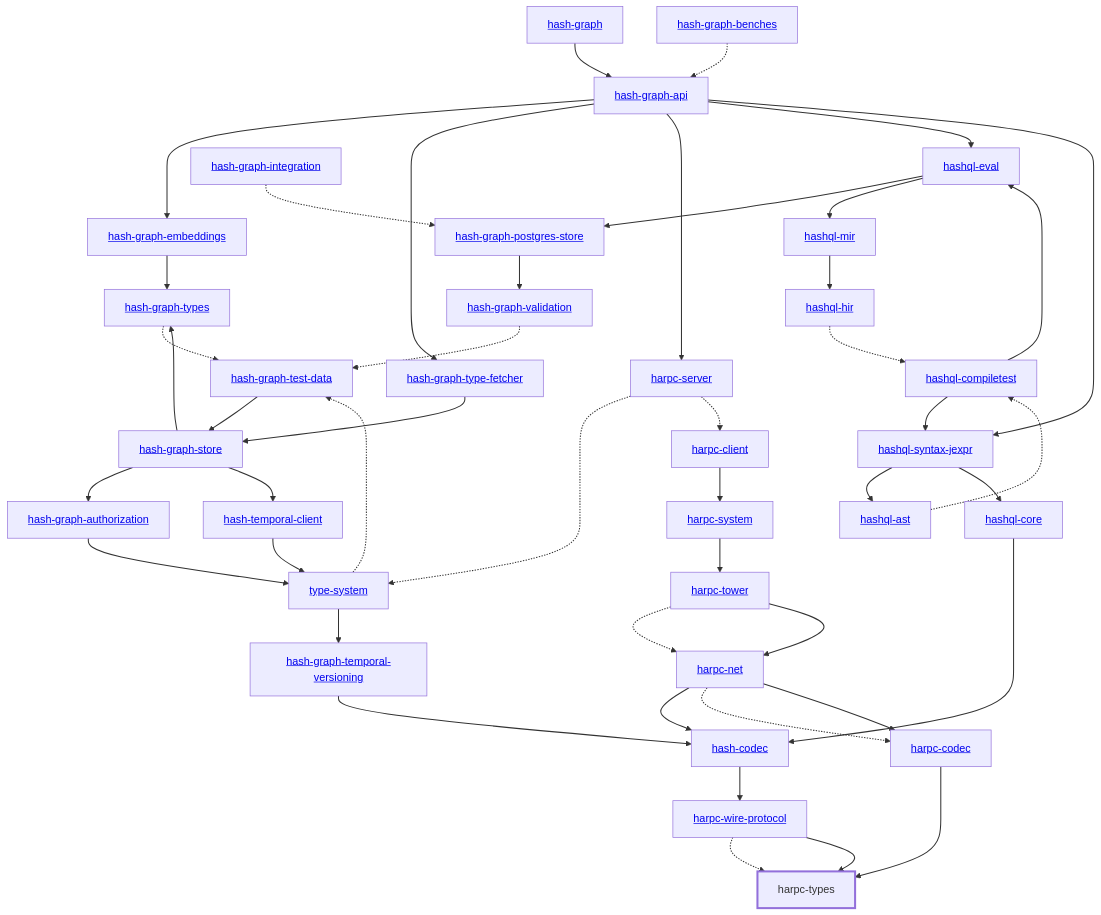
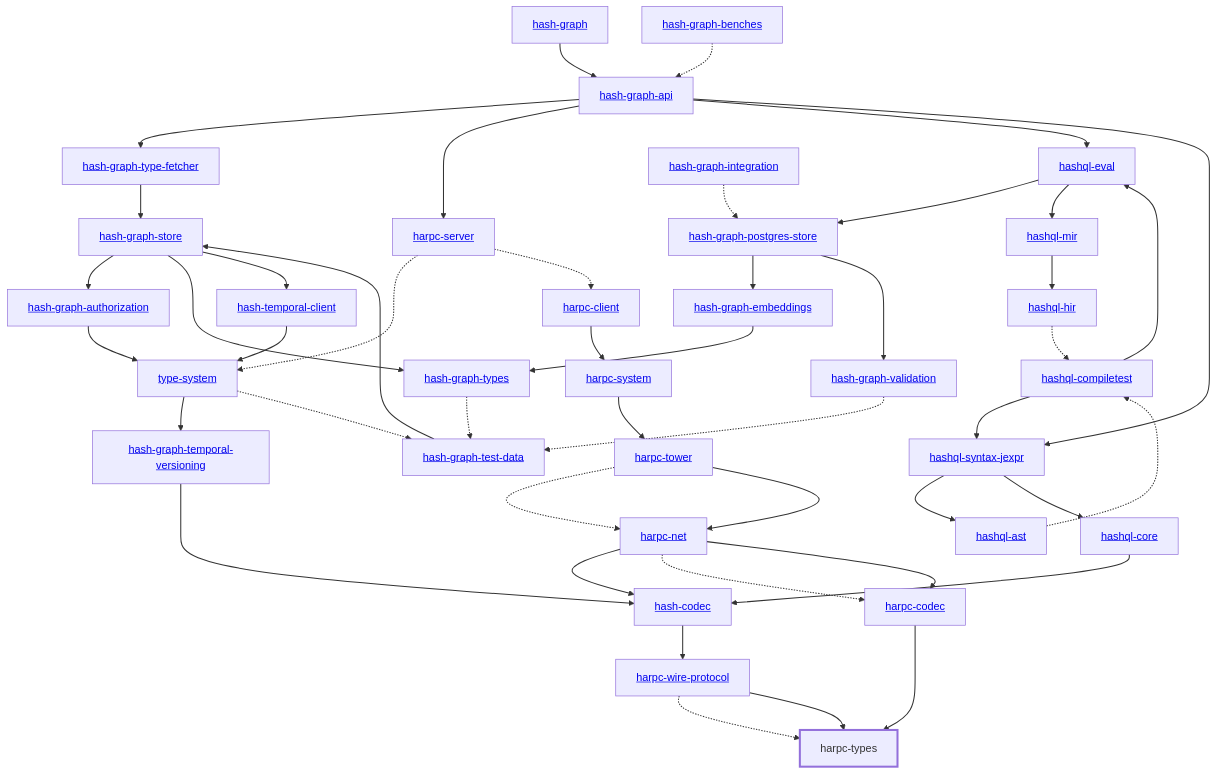
The diagram in libs/@local/harpc/types/docs/dependency-diagram.mmd (AKJUS/akin-hash), drawn with Mermaid before and after one commit. The commit also changed 52 other files, not shown here.

```diff
--- a/libs/@local/harpc/types/docs/dependency-diagram.mmd
+++ b/libs/@local/harpc/types/docs/dependency-diagram.mmd
@@ -1,87 +1,87 @@
 graph TD
     linkStyle default stroke-width:1.5px
     classDef default stroke-width:1px
     classDef root stroke-width:3px
     classDef dev stroke-width:1px
     classDef build stroke-width:1px
     %% Legend
     %% --> : Normal dependency
     %% -.-> : Dev dependency
     %% ---> : Build dependency
     0[<a href="../hash_graph/index.html">hash-graph</a>]
     1[<a href="../type_system/index.html">type-system</a>]
     2[<a href="../hash_codec/index.html">hash-codec</a>]
     3[<a href="../hash_graph_api/index.html">hash-graph-api</a>]
     4[<a href="../hash_graph_authorization/index.html">hash-graph-authorization</a>]
     5[<a href="../hash_graph_embeddings/index.html">hash-graph-embeddings</a>]
     6[<a href="../hash_graph_postgres_store/index.html">hash-graph-postgres-store</a>]
     7[<a href="../hash_graph_store/index.html">hash-graph-store</a>]
     8[<a href="../hash_graph_temporal_versioning/index.html">hash-graph-temporal-versioning</a>]
     9[<a href="../hash_graph_type_fetcher/index.html">hash-graph-type-fetcher</a>]
     10[<a href="../hash_graph_types/index.html">hash-graph-types</a>]
     11[<a href="../hash_graph_validation/index.html">hash-graph-validation</a>]
     12[<a href="../harpc_client/index.html">harpc-client</a>]
     13[<a href="../harpc_codec/index.html">harpc-codec</a>]
     14[<a href="../harpc_net/index.html">harpc-net</a>]
     15[<a href="../harpc_server/index.html">harpc-server</a>]
     16[<a href="../harpc_system/index.html">harpc-system</a>]
     17[<a href="../harpc_tower/index.html">harpc-tower</a>]
     18[harpc-types]
     class 18 root
     19[<a href="../harpc_wire_protocol/index.html">harpc-wire-protocol</a>]
     20[<a href="../hashql_ast/index.html">hashql-ast</a>]
     21[<a href="../hashql_compiletest/index.html">hashql-compiletest</a>]
     22[<a href="../hashql_core/index.html">hashql-core</a>]
     23[<a href="../hashql_eval/index.html">hashql-eval</a>]
     24[<a href="../hashql_hir/index.html">hashql-hir</a>]
     25[<a href="../hashql_mir/index.html">hashql-mir</a>]
     26[<a href="../hashql_syntax_jexpr/index.html">hashql-syntax-jexpr</a>]
     27[<a href="../hash_temporal_client/index.html">hash-temporal-client</a>]
     28[<a href="../hash_graph_benches/index.html">hash-graph-benches</a>]
     29[<a href="../hash_graph_integration/index.html">hash-graph-integration</a>]
     30[<a href="../hash_graph_test_data/index.html">hash-graph-test-data</a>]
     0 --> 3
     1 --> 8
     1 -.-> 30
     2 --> 19
-    3 --> 5
     3 --> 9
     3 --> 15
     3 --> 23
     3 --> 26
     4 --> 1
     5 --> 10
+    6 --> 5
     6 --> 11
     7 --> 4
     7 --> 10
     7 --> 27
     8 --> 2
     9 --> 7
     10 -.-> 30
     11 -.-> 30
     12 --> 16
     13 --> 18
     14 --> 2
     14 -.-> 13
     14 --> 13
     15 -.-> 1
     15 -.-> 12
     16 --> 17
     17 -.-> 14
     17 --> 14
     19 -.-> 18
     19 --> 18
     20 -.-> 21
     21 --> 23
     21 --> 26
     22 --> 2
     23 --> 6
     23 --> 25
     24 -.-> 21
     25 --> 24
     26 --> 20
     26 --> 22
     27 --> 1
     28 -.-> 3
     29 -.-> 6
     30 --> 7
```
